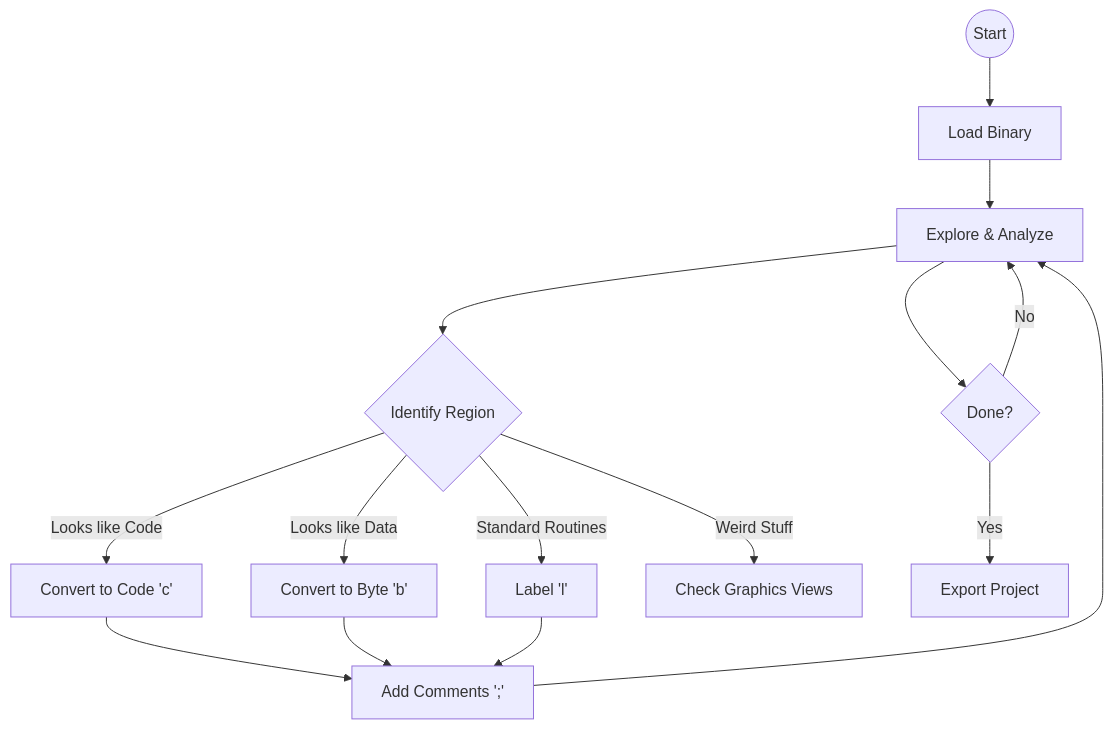
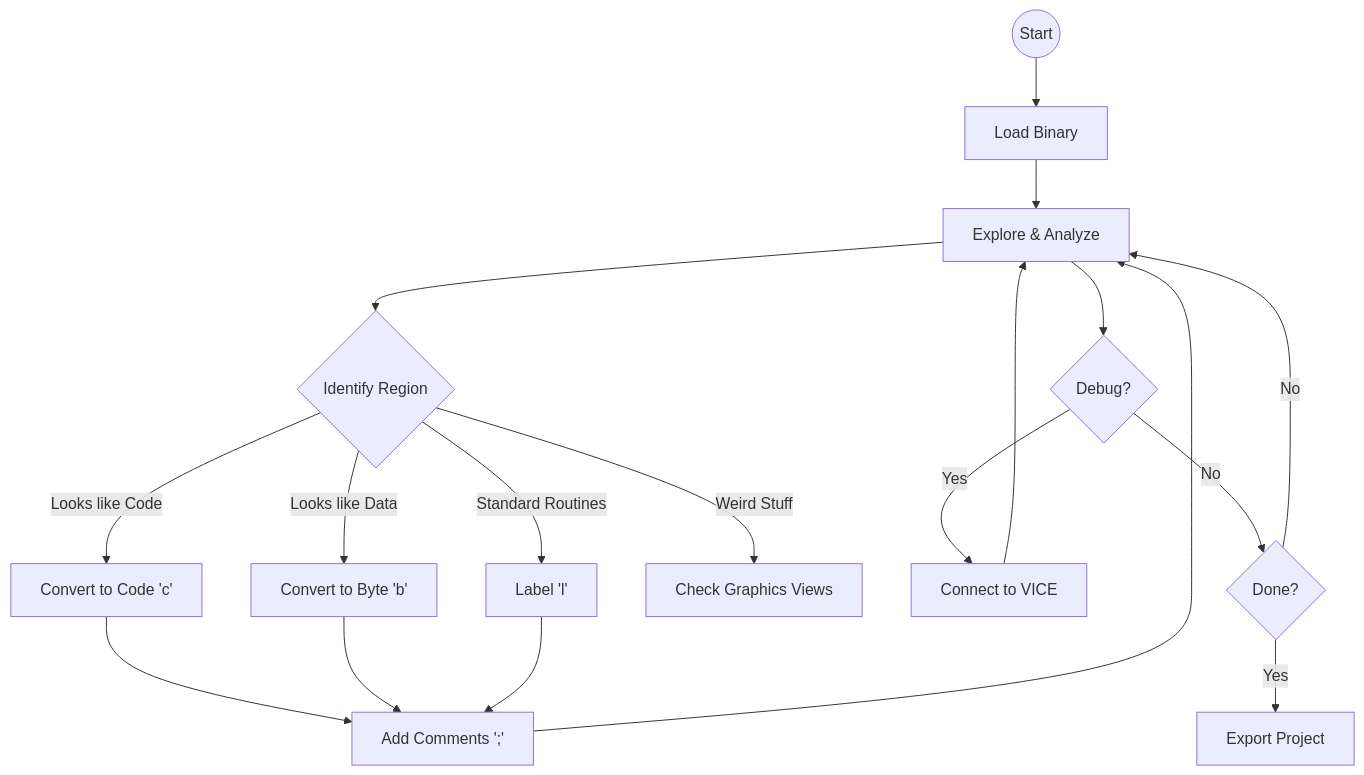
Before and after one commit to ricardoquesada/regenerator2000: the diagram in docs/tutorial.md, drawn with Mermaid. The commit also changed other lines of this file and 1 other file, not shown here.

Commit message:
update main and tutorial with more VICE debugging info

````diff
--- a/docs/tutorial.md
+++ b/docs/tutorial.md
@@ -15,17 +15,20 @@
 ```mermaid
 flowchart TD
     Start((Start)) --> Load[Load Binary]
     Load --> Explore[Explore & Analyze]
     Explore --> Define{Identify Region}
     Define -- "Looks like Code" --> Code[Convert to Code 'c']
     Define -- "Looks like Data" --> Data[Convert to Byte 'b']
     Define -- "Standard Routines" --> Label[Label 'l']
     Define -- "Weird Stuff" --> Graphics[Check Graphics Views]
     Code --> Comment[Add Comments ';']
     Data --> Comment
     Label --> Comment
     Comment --> Explore
-    Explore --> Finish{Done?}
+    Explore --> Debug{Debug?}
+    Debug -- Yes --> VICE[Connect to VICE]
+    VICE --> Explore
+    Debug -- No --> Finish{Done?}
     Finish -- No --> Explore
     Finish -- Yes --> Export[Export Project]
 ```
````
